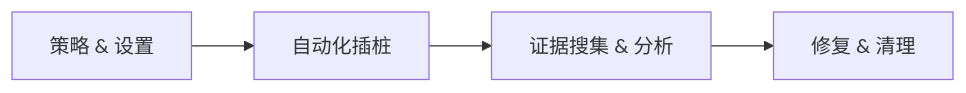
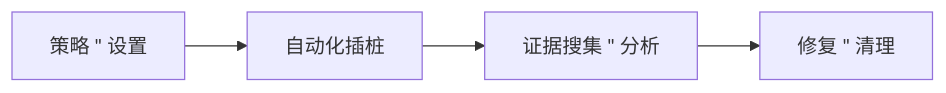
Before and after one commit to MinLeeV5/automated-instrumented-debugging-skill: the second of 2 diagrams in README.md, drawn with Mermaid. The commit also changed other lines of this file and 2 other files, not shown here.

````diff
--- a/README.md
+++ b/README.md
@@ -43,6 +74,6 @@
 ```mermaid
 graph LR
-    P1["策略 & 设置"] --> P2["自动化插桩"]
-    P2 --> P3["证据搜集 & 分析"]
-    P3 --> P4["修复 & 清理"]
+    P1["策略 #quot; 设置"] --> P2["自动化插桩"]
+    P2 --> P3["证据搜集 #quot; 分析"]
+    P3 --> P4["修复 #quot; 清理"]
 ```
````
